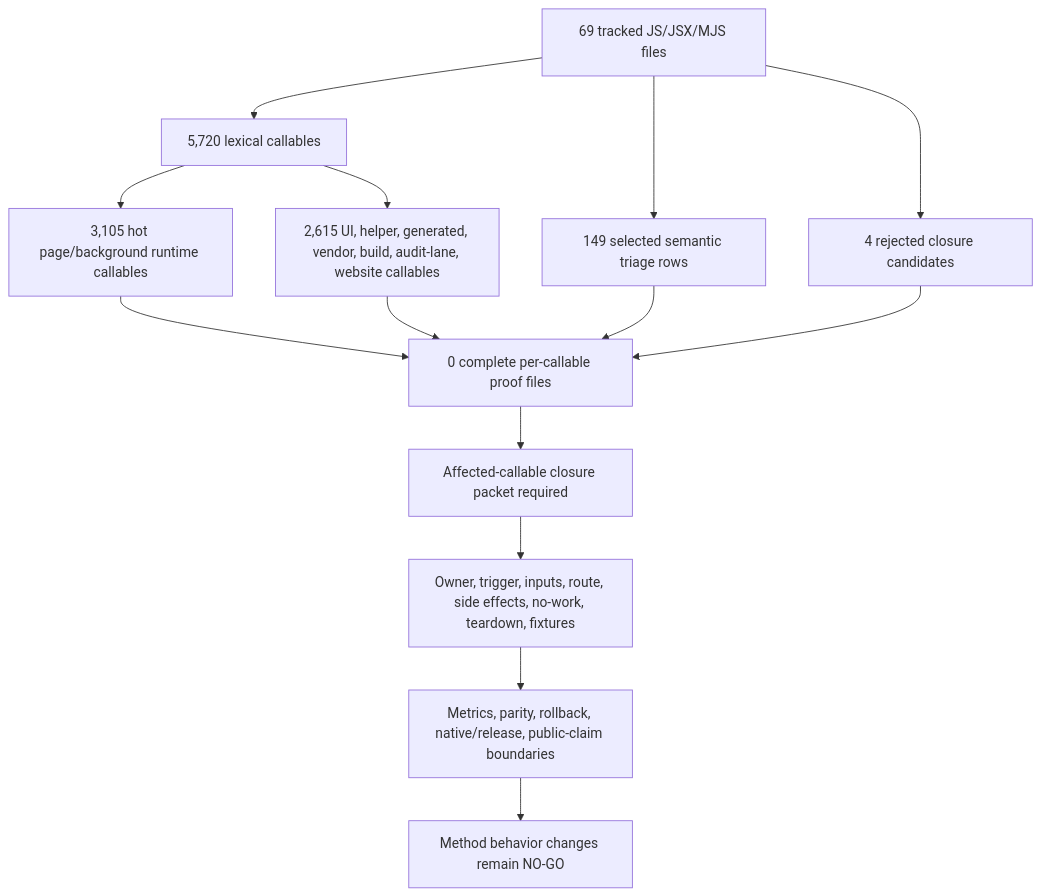
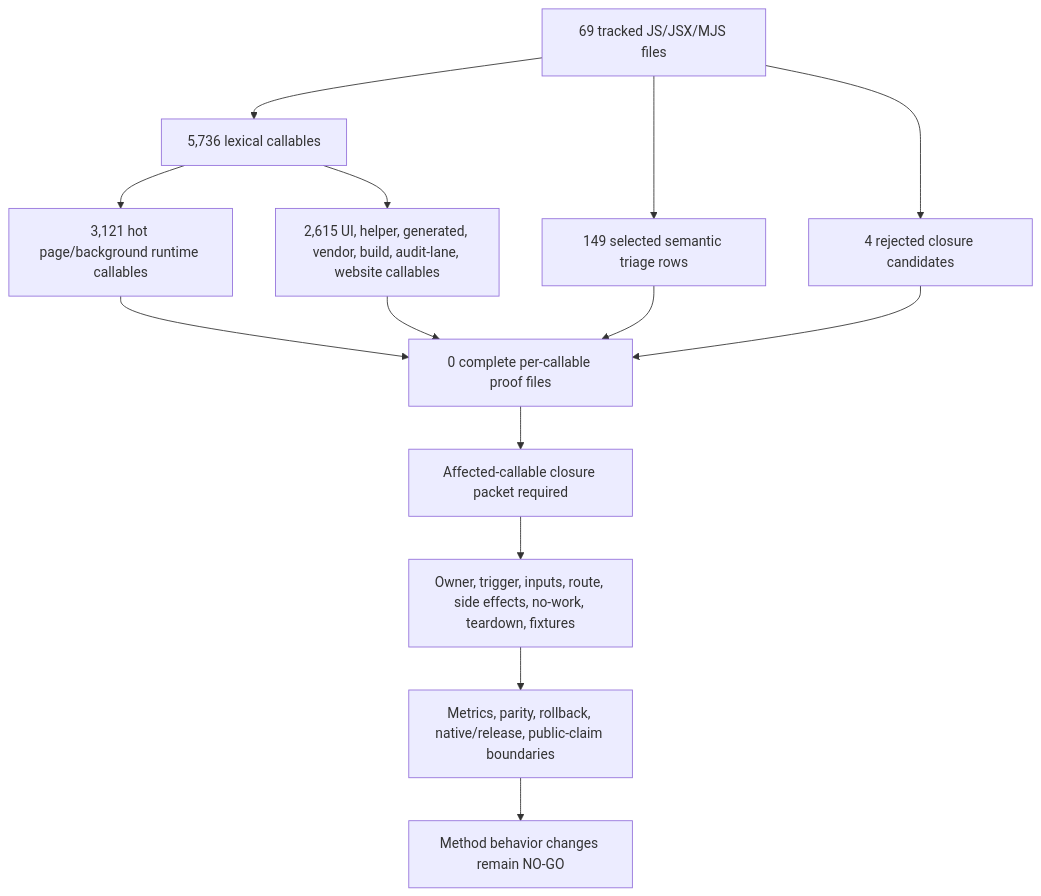
The first of 2 diagrams in docs/audit/FILTERTUBE_METHOD_SEMANTIC_PROOF_GAP_INDEX_CURRENT_BEHAVIOR_2026-05-25.md (varshneydevansh/FilterTube), drawn with Mermaid before and after one commit. The commit also changed other lines of this file and 701 other files, not shown here.

````diff
--- a/docs/audit/FILTERTUBE_METHOD_SEMANTIC_PROOF_GAP_INDEX_CURRENT_BEHAVIOR_2026-05-25.md
+++ b/docs/audit/FILTERTUBE_METHOD_SEMANTIC_PROOF_GAP_INDEX_CURRENT_BEHAVIOR_2026-05-25.md
@@ -130,16 +130,16 @@
 ```mermaid
 flowchart TD
-  A["69 tracked JS/JSX/MJS files"] --> B["5,720 lexical callables"]
-  B --> C["3,105 hot page/background runtime callables"]
+  A["69 tracked JS/JSX/MJS files"] --> B["5,736 lexical callables"]
+  B --> C["3,121 hot page/background runtime callables"]
   B --> D["2,615 UI, helper, generated, vendor, build, audit-lane, website callables"]
   A --> E["149 selected semantic triage rows"]
   A --> F["4 rejected closure candidates"]
   C --> G["0 complete per-callable proof files"]
   D --> G
   E --> G
   F --> G
   G --> H["Affected-callable closure packet required"]
   H --> I["Owner, trigger, inputs, route, side effects, no-work, teardown, fixtures"]
   I --> J["Metrics, parity, rollback, native/release, public-claim boundaries"]
   J --> K["Method behavior changes remain NO-GO"]
 ```
````
